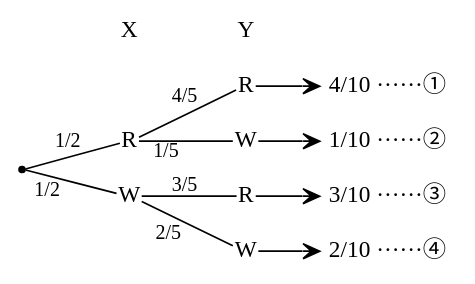
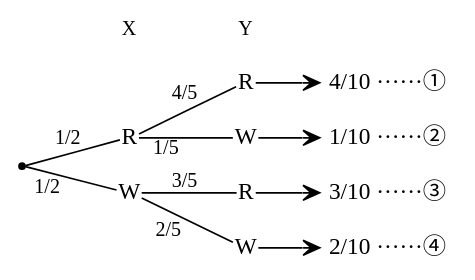
Before and after one commit to daiki-kaneda/problem_graph: the diagram in problem3.dot, drawn with Graphviz.

```diff
--- a/problem3.dot
+++ b/problem3.dot
@@ -1,45 +1,45 @@
 digraph problem3 {
     rankdir = LR; // 左から右のレイアウトを指定
 
     // ダミーノード
     ""[shape=point];
 
     // ノードのスタイル設定
     node[shape=plain];
 
     // ノードの定義
     dummy [label=" "]
-    Xlabel [label="X"]
-    Ylabel [label="Y"]
+    Xlabel [label=<<font point-size="12" color="black">X</font>>]
+    Ylabel [label=<<font point-size="12" color="black">Y</font>>]
     
 
     node1 [label="R"];
     node2 [label="W"];
     node3 [label="R"];
     node4 [label="W"];
     node5 [label="R"];
     node6 [label="W"];
     node7 [label=" 4/10 ······①"];
     node8 [label=" 1/10 ······②"];
     node9 [label=" 3/10 ······③"];
     node10 [label=" 2/10 ······④"];
 
 
     // エッジの定義（有向）
     "" -> node1 [label=<<font point-size="12" color="black">1/2</font>>, arrowhead=none];
     "" -> node2 [xlabel=<<font point-size="12" color="black">1/2</font>>, arrowhead=none];
 
     node1 -> node3 [label=<<font point-size="12" color="black">4/5</font>>, arrowhead=none];
     node1 -> node4 [xlabel=<<font point-size="12" color="black">1/5</font>>, arrowhead=none];
 
     node2 -> node5 [label=<<font point-size="12" color="black">3/5</font>>, arrowhead=none];
     node2 -> node6 [xlabel=<<font point-size="12" color="black">2/5</font>>, arrowhead=none];
 
     node3 -> node7 [arrowhead=vee];
     node4 -> node8 [arrowhead=vee];
     node5 -> node9 [arrowhead=vee];
     node6 -> node10 [arrowhead=vee];
     
     {rank=same; dummy; Xlabel; node1;}
     {rank=same; Ylabel; node3;}
 }
```
